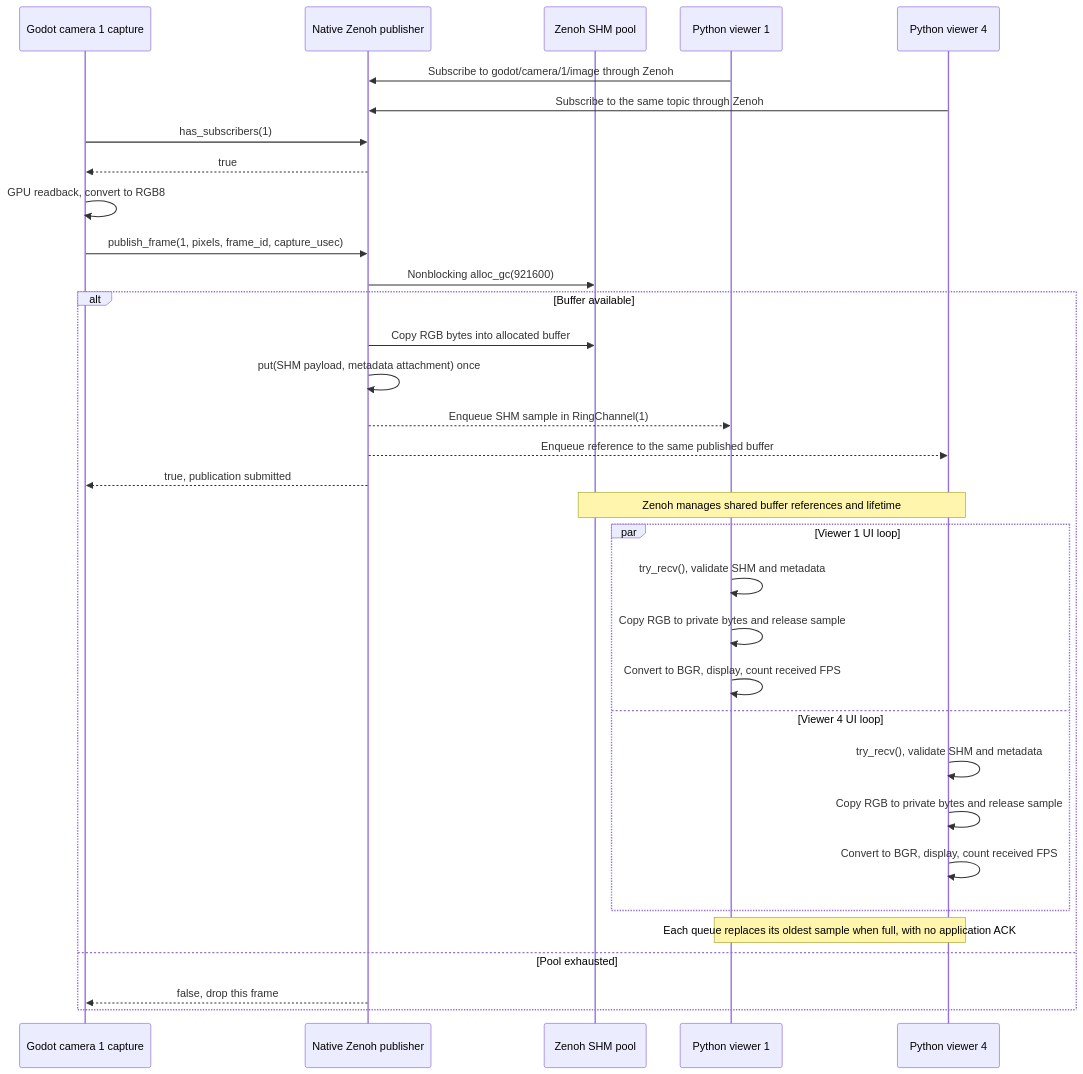
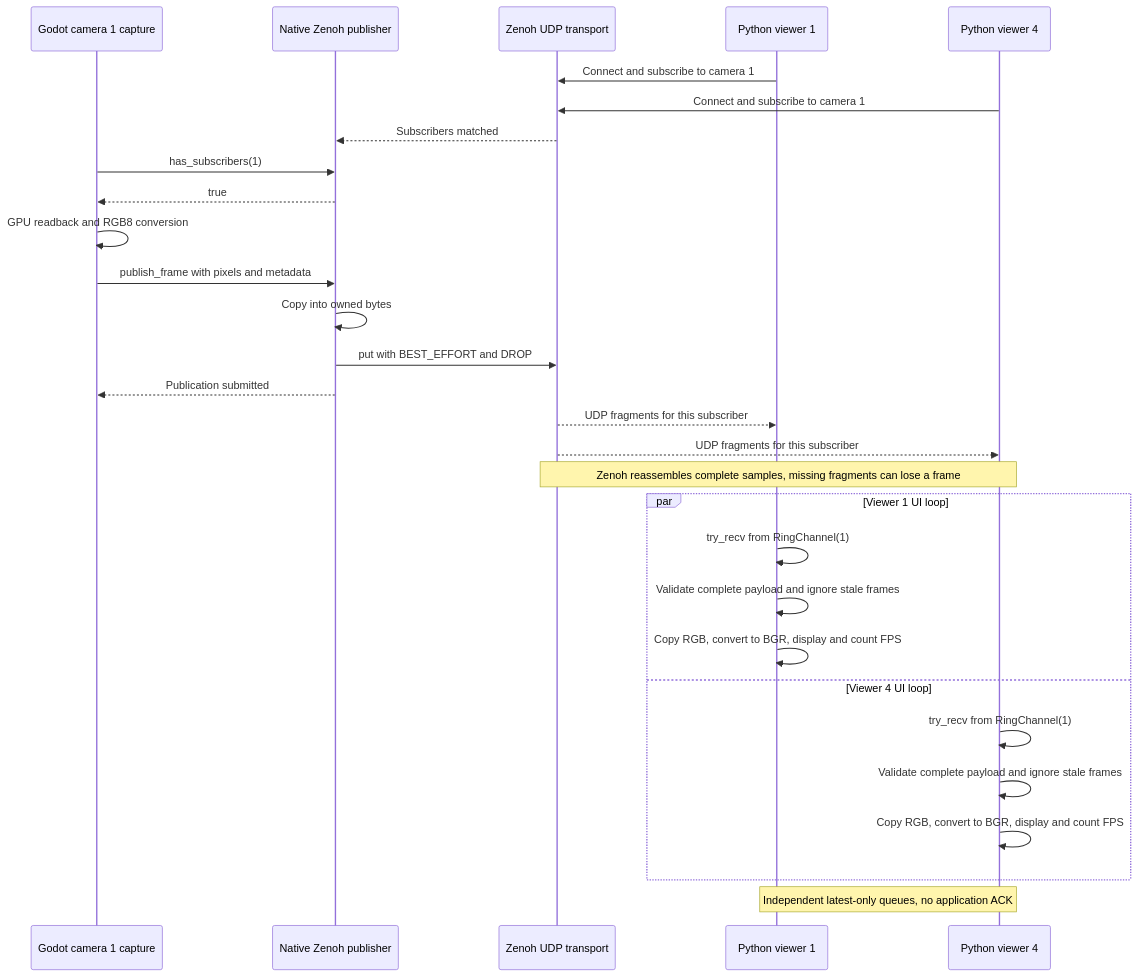
Before and after one commit to robobe/godot_camera_publish: the second of 2 diagrams in README.md, drawn with Mermaid. The commit also changed other lines of this file and 6 other files, not shown here.

Commit message:
Add Zenoh UDP camera example and benchmark results

````diff
--- a/README.md
+++ b/README.md
@@ -85,35 +85,31 @@
 ```mermaid
 sequenceDiagram
     participant G as Godot camera 1 capture
     participant N as Native Zenoh publisher
-    participant M as Zenoh SHM pool
+    participant U as Zenoh UDP transport
     participant V1 as Python viewer 1
     participant V4 as Python viewer 4
-    V1->>N: Subscribe to godot/camera/1/image through Zenoh
-    V4->>N: Subscribe to the same topic through Zenoh
+    V1->>U: Connect and subscribe to camera 1
+    V4->>U: Connect and subscribe to camera 1
+    U-->>N: Subscribers matched
     G->>N: has_subscribers(1)
     N-->>G: true
-    G->>G: GPU readback, convert to RGB8
-    G->>N: publish_frame(1, pixels, frame_id, capture_usec)
-    N->>M: Nonblocking alloc_gc(921600)
-    alt Buffer available
-        N->>M: Copy RGB bytes into allocated buffer
-        N->>N: put(SHM payload, metadata attachment) once
-        N-->>V1: Enqueue SHM sample in RingChannel(1)
-        N-->>V4: Enqueue reference to the same published buffer
-        N-->>G: true, publication submitted
-        Note over M,V4: Zenoh manages shared buffer references and lifetime
-        par Viewer 1 UI loop
-            V1->>V1: try_recv(), validate SHM and metadata
-            V1->>V1: Copy RGB to private bytes and release sample
-            V1->>V1: Convert to BGR, display, count received FPS
-        and Viewer 4 UI loop
-            V4->>V4: try_recv(), validate SHM and metadata
-            V4->>V4: Copy RGB to private bytes and release sample
-            V4->>V4: Convert to BGR, display, count received FPS
-        end
-        Note over V1,V4: Each queue replaces its oldest sample when full, with no application ACK
-    else Pool exhausted
-        N-->>G: false, drop this frame
+    G->>G: GPU readback and RGB8 conversion
+    G->>N: publish_frame with pixels and metadata
+    N->>N: Copy into owned bytes
+    N->>U: put with BEST_EFFORT and DROP
+    N-->>G: Publication submitted
+    U-->>V1: UDP fragments for this subscriber
+    U-->>V4: UDP fragments for this subscriber
+    Note over U,V4: Zenoh reassembles complete samples, missing fragments can lose a frame
+    par Viewer 1 UI loop
+        V1->>V1: try_recv from RingChannel(1)
+        V1->>V1: Validate complete payload and ignore stale frames
+        V1->>V1: Copy RGB, convert to BGR, display and count FPS
+    and Viewer 4 UI loop
+        V4->>V4: try_recv from RingChannel(1)
+        V4->>V4: Validate complete payload and ignore stale frames
+        V4->>V4: Copy RGB, convert to BGR, display and count FPS
     end
+    Note over V1,V4: Independent latest-only queues, no application ACK
 ```
````
